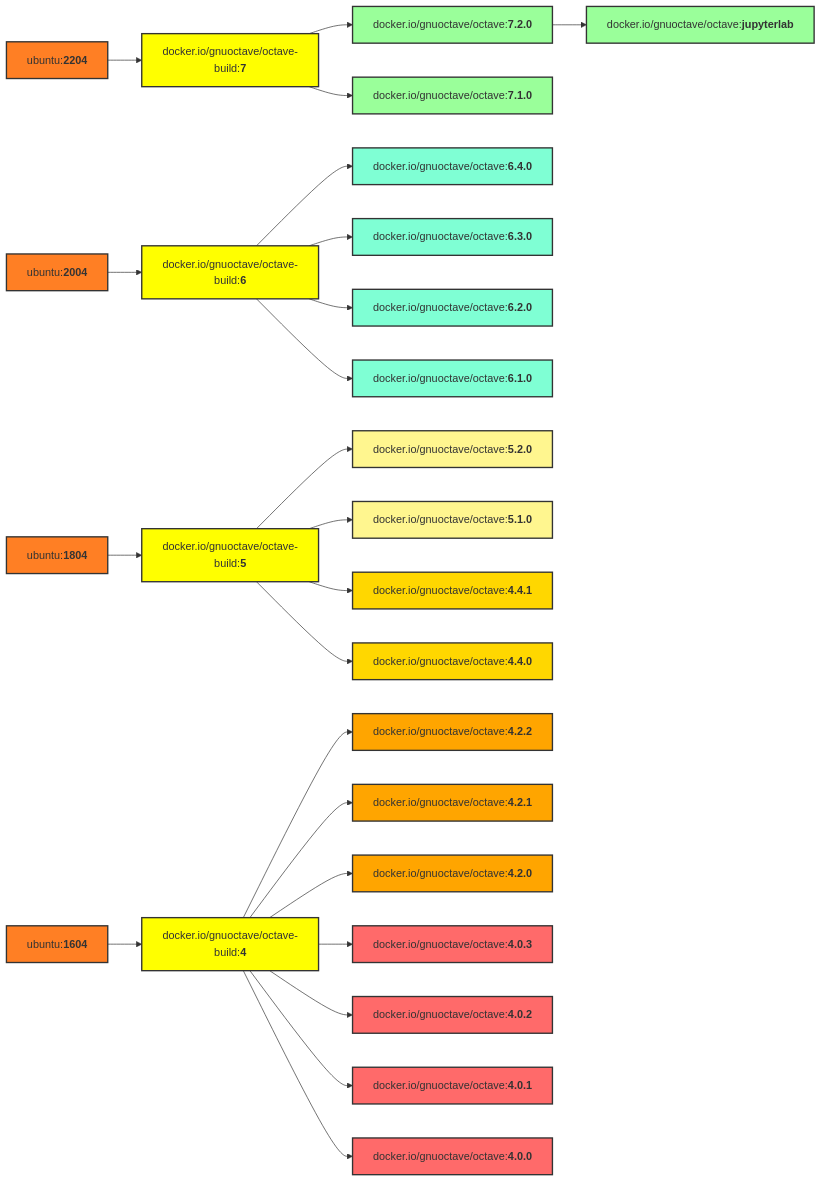
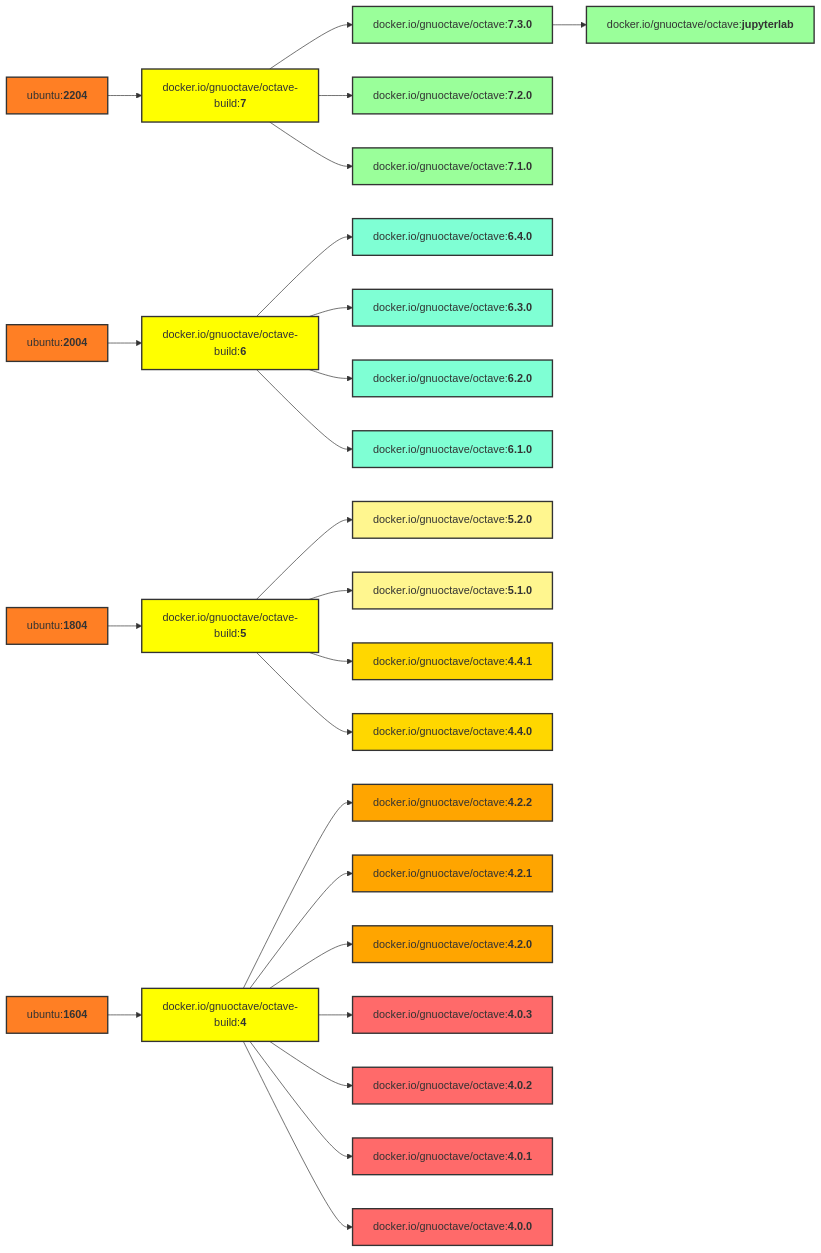
Before and after one commit to gnu-octave/docker: the diagram in README.md, drawn with Mermaid. The commit also changed other lines of this file and 1 other file, not shown here.

Commit message:
Octave 7.3.0 release, fixes #1, fixes #15

````diff
--- a/README.md
+++ b/README.md
@@ -85,59 +85,61 @@
 ```mermaid
 graph LR
     U4[ubuntu:<b>2204</b>] --> b7[docker.io/gnuoctave/octave-build:<b>7</b>];
     U3[ubuntu:<b>2004</b>] --> b6[docker.io/gnuoctave/octave-build:<b>6</b>];
     U2[ubuntu:<b>1804</b>] --> b5[docker.io/gnuoctave/octave-build:<b>5</b>];
     U1[ubuntu:<b>1604</b>] --> b4[docker.io/gnuoctave/octave-build:<b>4</b>];
+    b7 --> v730[docker.io/gnuoctave/octave:<b>7.3.0</b>];
     b7 --> v720[docker.io/gnuoctave/octave:<b>7.2.0</b>];
     b7 --> v710[docker.io/gnuoctave/octave:<b>7.1.0</b>];
     b6 --> v640[docker.io/gnuoctave/octave:<b>6.4.0</b>];
     b6 --> v630[docker.io/gnuoctave/octave:<b>6.3.0</b>];
     b6 --> v620[docker.io/gnuoctave/octave:<b>6.2.0</b>];
     b6 --> v610[docker.io/gnuoctave/octave:<b>6.1.0</b>];
     b5 --> v520[docker.io/gnuoctave/octave:<b>5.2.0</b>];
     b5 --> v510[docker.io/gnuoctave/octave:<b>5.1.0</b>];
     b5 --> v441[docker.io/gnuoctave/octave:<b>4.4.1</b>];
     b5 --> v440[docker.io/gnuoctave/octave:<b>4.4.0</b>];
     b4 --> v422[docker.io/gnuoctave/octave:<b>4.2.2</b>];
     b4 --> v421[docker.io/gnuoctave/octave:<b>4.2.1</b>];
     b4 --> v420[docker.io/gnuoctave/octave:<b>4.2.0</b>];
     b4 --> v403[docker.io/gnuoctave/octave:<b>4.0.3</b>];
     b4 --> v402[docker.io/gnuoctave/octave:<b>4.0.2</b>];
     b4 --> v401[docker.io/gnuoctave/octave:<b>4.0.1</b>];
     b4 --> v400[docker.io/gnuoctave/octave:<b>4.0.0</b>];
-    v720 --> jl[docker.io/gnuoctave/octave:<b>jupyterlab</b>];
+    v730 --> jl[docker.io/gnuoctave/octave:<b>jupyterlab</b>];
     classDef U fill:#ff7f24,stroke:#333,stroke-width:2px;
     class U1 U;
     class U2 U;
     class U3 U;
     class U4 U;
     classDef b fill:#ff0,stroke:#333,stroke-width:2px;
     class b4 b;
     class b5 b;
     class b6 b;
     class b7 b;
     classDef age1 fill:#9aff9a,stroke:#333,stroke-width:2px;
     classDef age2 fill:#7fffd4,stroke:#333,stroke-width:2px;
     classDef age3 fill:#fff68f,stroke:#333,stroke-width:2px;
     classDef age4 fill:#ffd700,stroke:#333,stroke-width:2px;
     classDef age5 fill:#ffa500,stroke:#333,stroke-width:2px;
     classDef age6 fill:#ff6a6a,stroke:#333,stroke-width:2px;
     class jl age1;
+    class v730 age1;
     class v720 age1;
     class v710 age1;
     class v640 age2;
     class v630 age2;
     class v620 age2;
     class v610 age2;
     class v520 age3;
     class v510 age3;
     class v441 age4;
     class v440 age4;
     class v422 age5;
     class v421 age5;
     class v420 age5;
     class v403 age6;
     class v402 age6;
     class v401 age6;
     class v400 age6;
 ```
````
